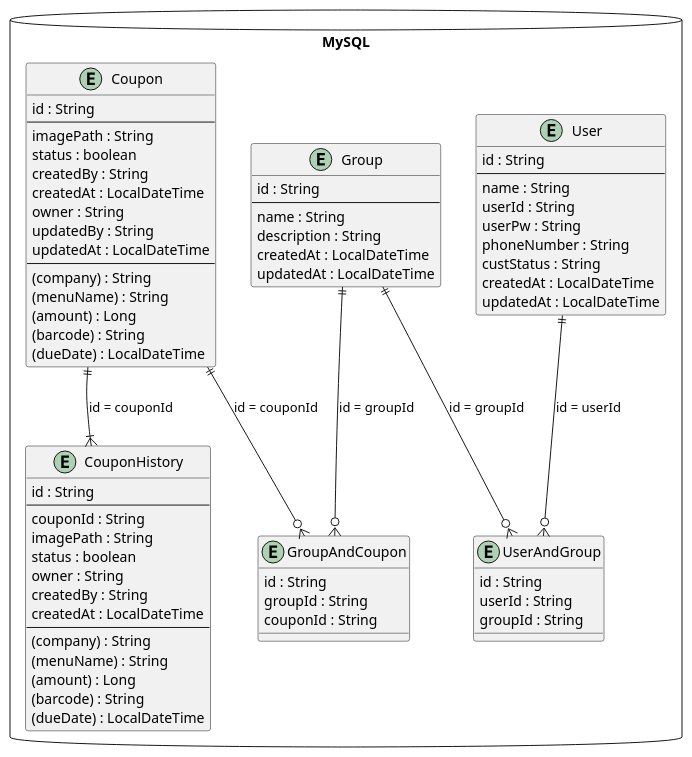
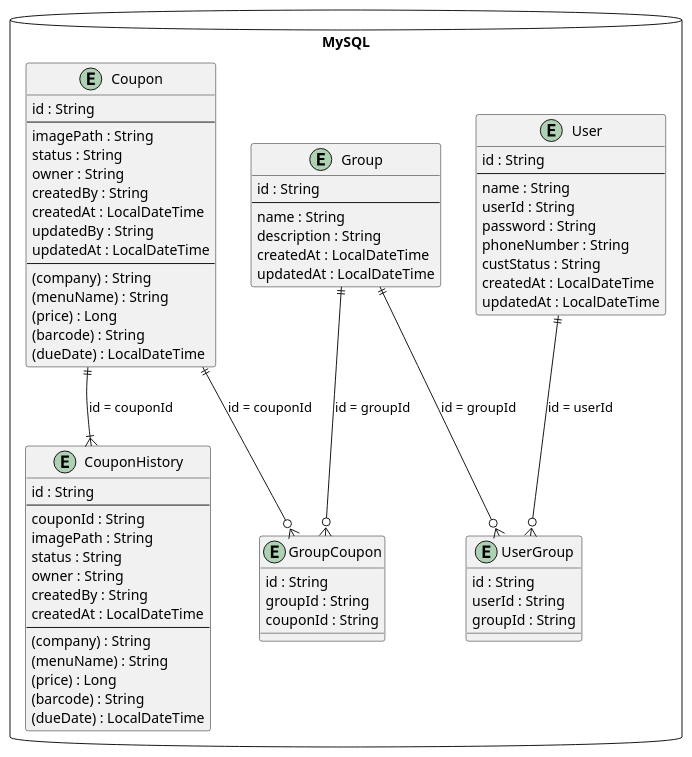
The diagram in ERD_ver1.1.puml (yesjehmi/coupon-service), drawn with PlantUML before and after one commit.

Commit message:
feat : db 필드 수정

```diff
--- a/ERD_ver1.1.puml
+++ b/ERD_ver1.1.puml
@@ -1,83 +1,83 @@
 @startuml
 'https://plantuml.com/class-diagram
 
 
 database MySQL{
     entity User {
         id : String
         ---
         name : String
         userId : String
-        userPw : String
+        password : String
         phoneNumber : String
         custStatus : String
         createdAt : LocalDateTime
         updatedAt : LocalDateTime
     }
 
     entity Group {
         id : String
         ---
         name : String
         description : String
         createdAt : LocalDateTime
         updatedAt : LocalDateTime
     }
 
     entity Coupon {
         id : String
         ---
         imagePath : String
-        status : boolean
+        status : String
+        owner : String
         createdBy : String
         createdAt : LocalDateTime
-        owner : String
         updatedBy : String
         updatedAt : LocalDateTime
         ---
         (company) : String
         (menuName) : String
-        (amount) : Long
+        (price) : Long
         (barcode) : String
         (dueDate) : LocalDateTime
     }
 
     entity CouponHistory {
         id : String
         ---
         couponId : String
         imagePath : String
-        status : boolean
+        status : String
         owner : String
         createdBy : String
         createdAt : LocalDateTime
         ---
         (company) : String
         (menuName) : String
-        (amount) : Long
+        (price) : Long
         (barcode) : String
         (dueDate) : LocalDateTime
     }
 
-    entity UserAndGroup {
+    entity UserGroup {
         id : String
         userId : String
         groupId : String
     }
 
-    entity GroupAndCoupon {
+    entity GroupCoupon {
         id : String
         groupId : String
         couponId : String
     }
 }
 
-Group ||--o{ GroupAndCoupon : id = groupId
-Coupon ||--o{ GroupAndCoupon : id = couponId
-User ||--o{ UserAndGroup : id = userId
-Group ||--o{ UserAndGroup : id = groupId
+Group ||--o{ GroupCoupon : id = groupId
+Coupon ||--o{ GroupCoupon : id = couponId
+User ||--o{ UserGroup : id = userId
+Group ||--o{ UserGroup : id = groupId
 
 Coupon ||--|{ CouponHistory : id = couponId
 
 
 @enduml
```
